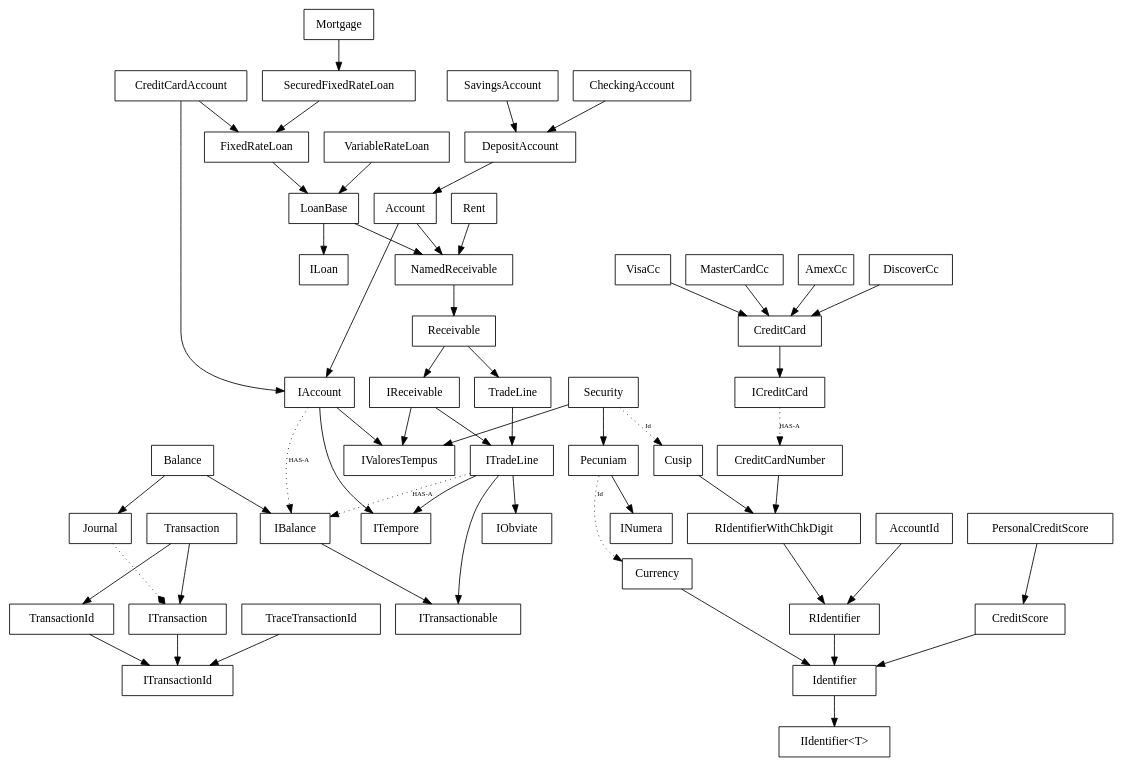
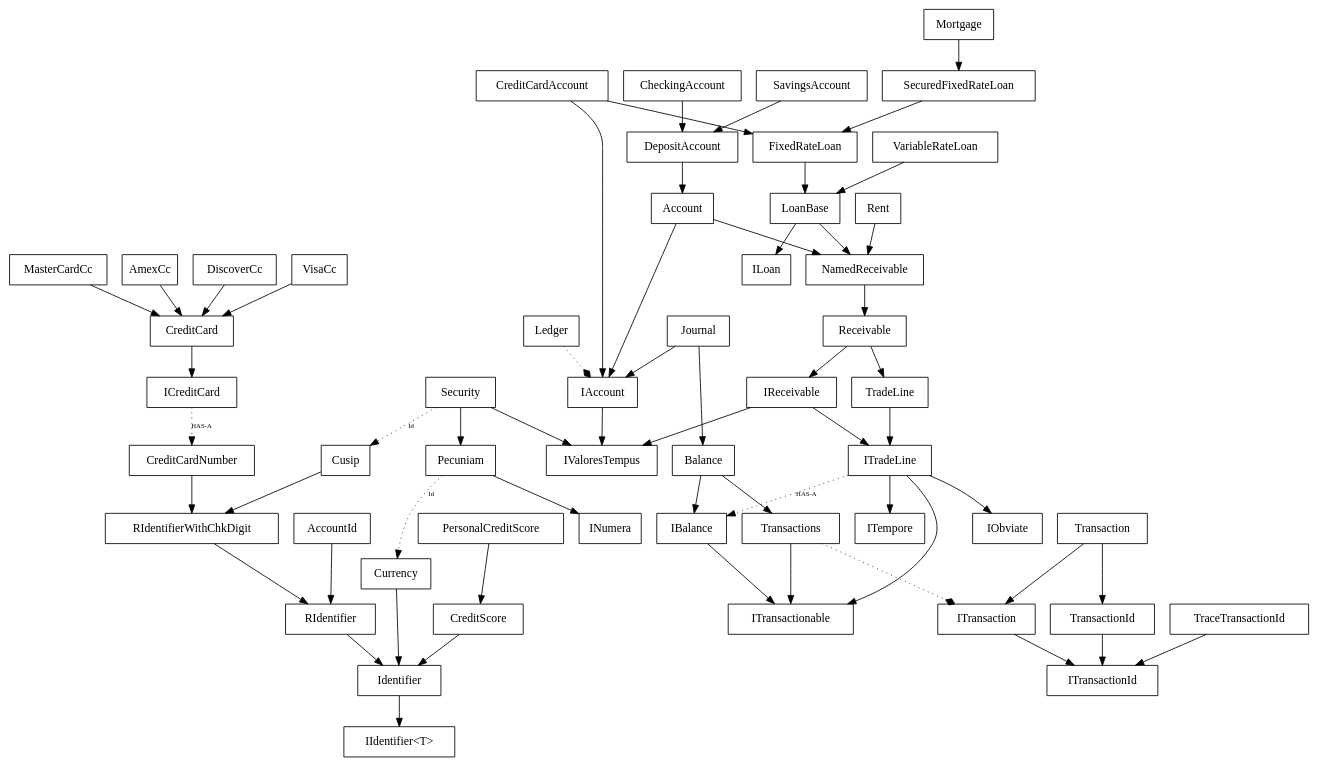
Before and after one commit to nofuture-git/31g: the diagram in trunk/Code/NoFuture/Rand/Sp/__ClassDiagram.gv, drawn with Graphviz. The commit also changed 5 other files, not shown here.

Commit message:
intro'ed Journal as combo of IAccount and Balance

```diff
--- a/trunk/Code/NoFuture/Rand/Sp/__ClassDiagram.gv
+++ b/trunk/Code/NoFuture/Rand/Sp/__ClassDiagram.gv
@@ -1,62 +1,64 @@
 digraph noFutureRandDataSp {
     node [fontname=Consolas, shape=box]
     
     StringId [label="IIdentifier<T>"]
     
     Mortgage -> SecuredFixedRateLoan
     SecuredFixedRateLoan -> FixedRateLoan
     CreditCardAccount -> FixedRateLoan
     CreditCardAccount -> IAccount
     FixedRateLoan -> LoanBase
     LoanBase -> NamedReceivable
     Rent -> NamedReceivable
     CheckingAccount -> DepositAccount
     SavingsAccount -> DepositAccount
     Account -> NamedReceivable
     Account -> IAccount
     DepositAccount -> Account
     Receivable -> IReceivable
     Receivable -> TradeLine
     IReceivable -> ITradeLine
     IReceivable -> IValoresTempus
     LoanBase -> ILoan
     TradeLine -> ITradeLine
     ITradeLine -> ITempore
     ITradeLine -> ITransactionable
     ITradeLine -> IObviate
     IAccount -> IValoresTempus
-    IAccount -> IBalance [style="dotted" label="HAS-A",fontname=Consolas, fontsize=8]
-    IAccount -> ITempore
     NamedReceivable -> Receivable
     ITradeLine -> IBalance [style="dotted" label="HAS-A",fontname=Consolas, fontsize=8]
     Balance -> IBalance
-    Balance -> Journal
+    Balance -> Transactions
     VariableRateLoan -> LoanBase
     Security -> IValoresTempus
     Security -> Pecuniam
     Security -> Cusip [style="dotted", label="Id",fontname=Consolas, fontsize=8]
     Cusip -> RIdentifierWithChkDigit
     RIdentifierWithChkDigit -> RIdentifier
     RIdentifier -> Identifier
     Pecuniam -> Currency [style="dotted", label="Id",fontname=Consolas, fontsize=8]
     Currency -> Identifier
     Pecuniam -> INumera
     CreditScore -> Identifier
     PersonalCreditScore -> CreditScore
     CreditCardNumber -> RIdentifierWithChkDigit
     VisaCc -> CreditCard
     MasterCardCc -> CreditCard
     AmexCc -> CreditCard
     DiscoverCc -> CreditCard
     CreditCard -> ICreditCard
     ICreditCard -> CreditCardNumber [style="dotted" label="HAS-A",fontname=Consolas, fontsize=8]
     Identifier -> StringId
     IBalance -> ITransactionable
     AccountId -> RIdentifier
-    Journal -> ITransaction [style="dotted" arrowhead="diamond"]
+    Transactions -> ITransaction [style="dotted" arrowhead="diamond"]
+    Transactions -> ITransactionable
     Transaction -> ITransaction
     Transaction -> TransactionId
     ITransaction -> ITransactionId
     TransactionId -> ITransactionId
     TraceTransactionId -> ITransactionId
+    Journal -> Balance
+    Journal -> IAccount
+    Ledger -> IAccount [style="dotted" arrowhead="diamond"]
 }
```
